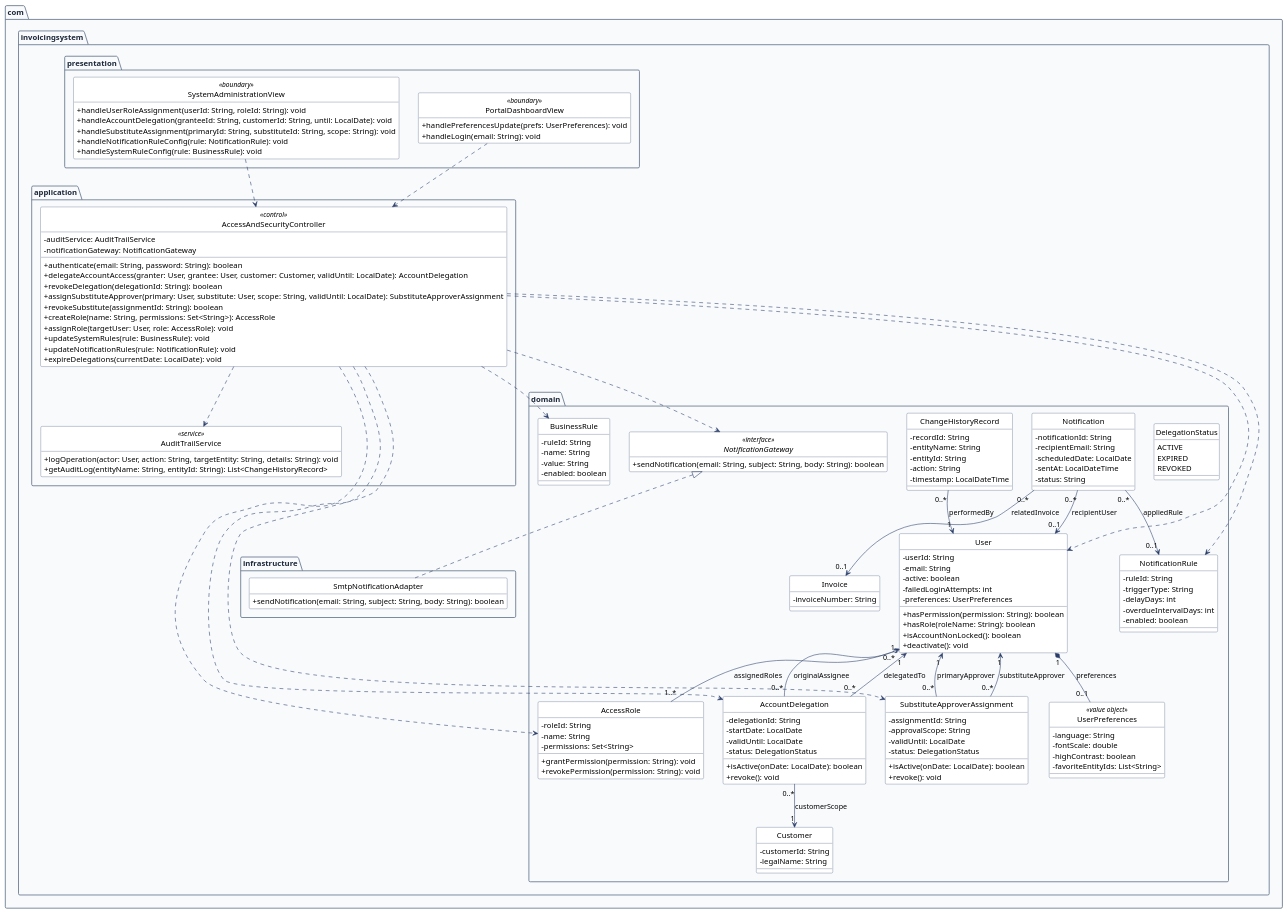
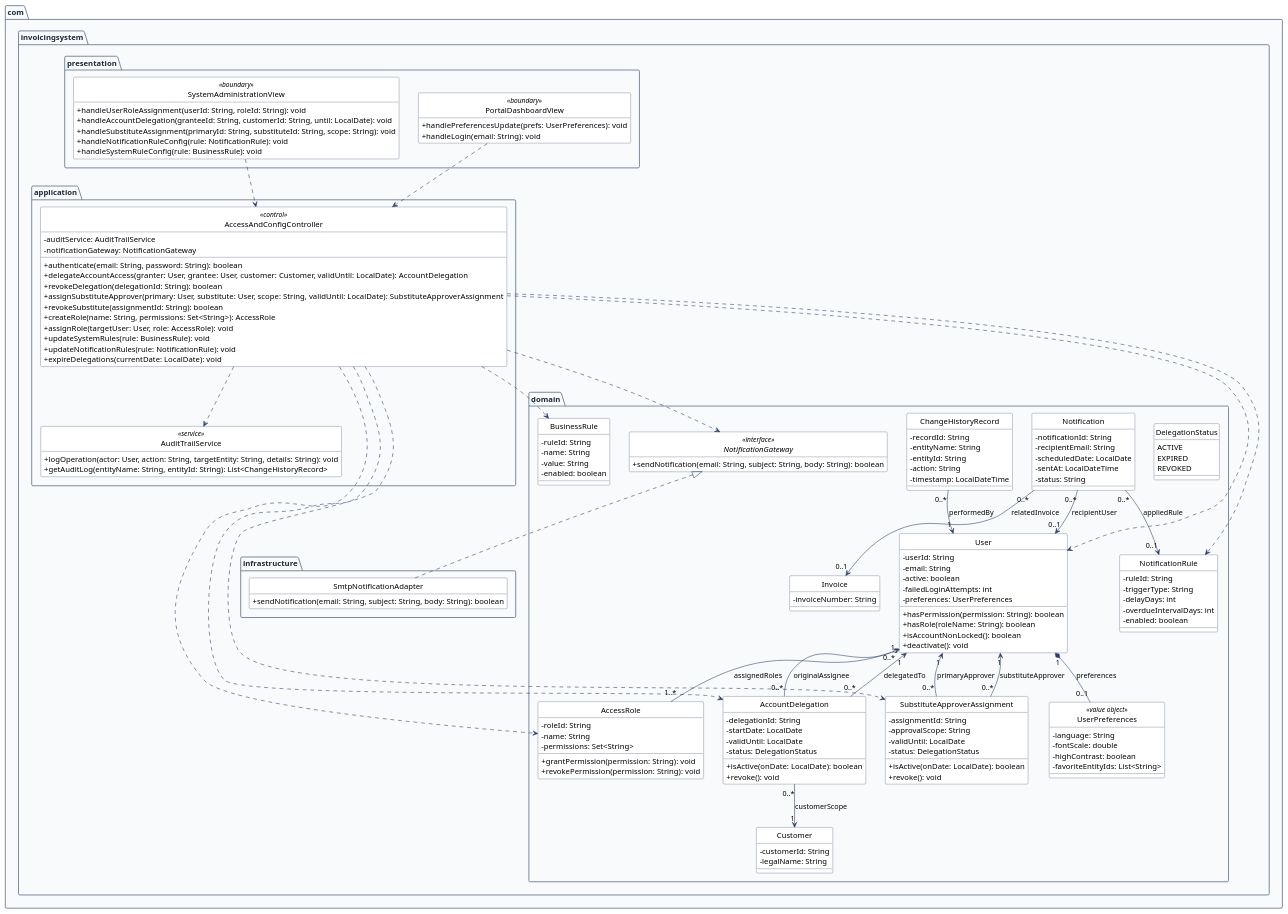
One commit to Sandunga-ADAProj/ada-project changed the diagram in doc/src/class-diagrams/ClassDiagram-3-notifications-admin.pu. Above: the diagram before and after it, drawn with PlantUML. The commit also changed 11 other files, not shown here.

Commit message:
refactor(diagrams): synchronize controller names and add missing domain rules to class diagram

```diff
--- a/doc/src/class-diagrams/ClassDiagram-3-notifications-admin.pu
+++ b/doc/src/class-diagrams/ClassDiagram-3-notifications-admin.pu
@@ -41,7 +41,7 @@
 ' 2) APPLICATION LOGIC LAYER (CONTROLS & SERVICES)
 ' ==========================================================
 package "com.invoicingsystem.application" {
-    class AccessAndSecurityController <<control>> {
+    class AccessAndConfigController <<control>> {
         - auditService: AuditTrailService
         - notificationGateway: NotificationGateway
         + authenticate(email: String, password: String): boolean
@@ -179,17 +179,17 @@
 ' ==========================================================
 ' 5) RELATIONSHIPS
 ' ==========================================================
-SystemAdministrationView ..> AccessAndSecurityController
-PortalDashboardView ..> AccessAndSecurityController
+SystemAdministrationView ..> AccessAndConfigController
+PortalDashboardView ..> AccessAndConfigController
 
-AccessAndSecurityController ..> User
-AccessAndSecurityController ..> AccessRole
-AccessAndSecurityController ..> AccountDelegation
-AccessAndSecurityController ..> SubstituteApproverAssignment
-AccessAndSecurityController ..> NotificationRule
-AccessAndSecurityController ..> BusinessRule
-AccessAndSecurityController ..> AuditTrailService
-AccessAndSecurityController ..> NotificationGateway
+AccessAndConfigController ..> User
+AccessAndConfigController ..> AccessRole
+AccessAndConfigController ..> AccountDelegation
+AccessAndConfigController ..> SubstituteApproverAssignment
+AccessAndConfigController ..> NotificationRule
+AccessAndConfigController ..> BusinessRule
+AccessAndConfigController ..> AuditTrailService
+AccessAndConfigController ..> NotificationGateway
 
 User "0..*" o-- "1..*" AccessRole : assignedRoles
 User "1" *-- "0..1" UserPreferences : preferences
```
